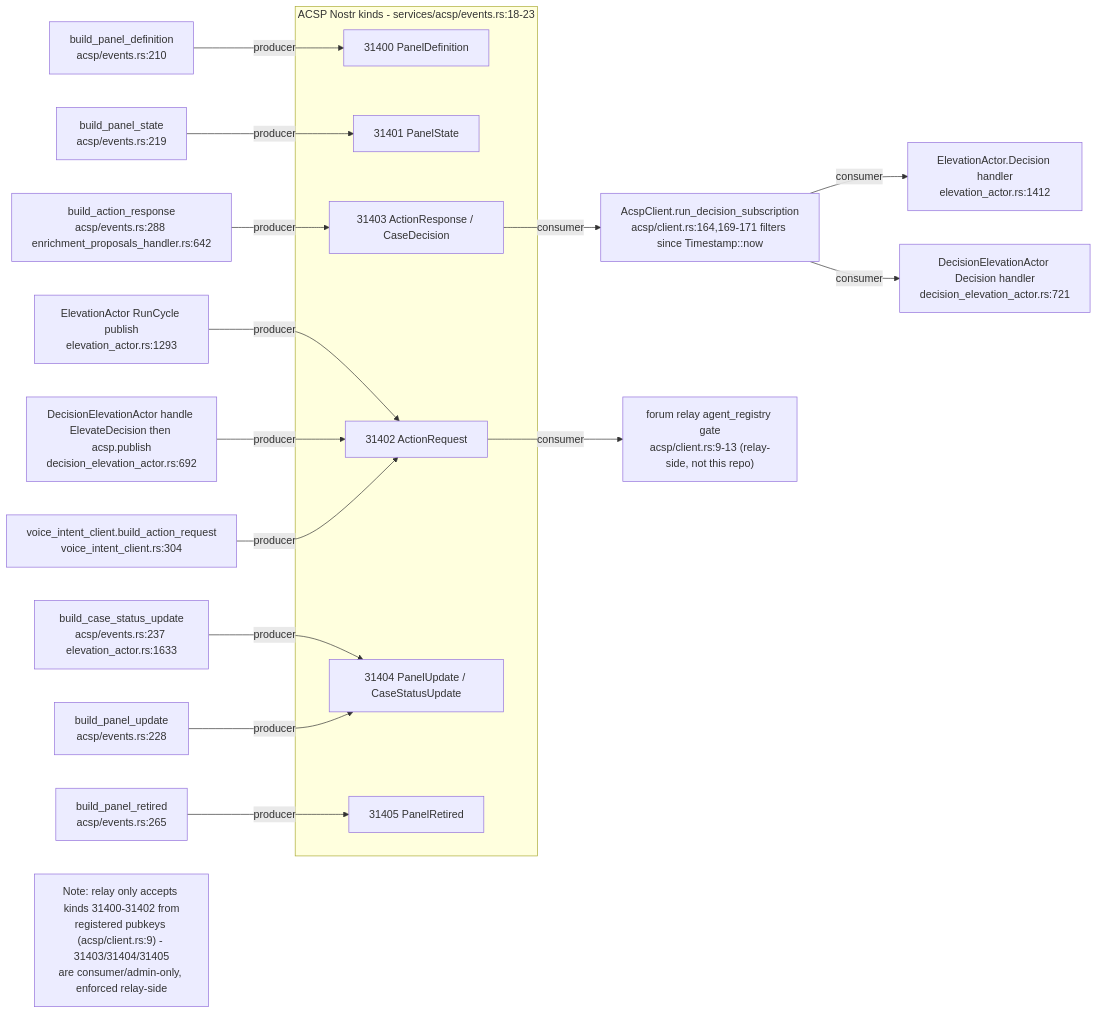
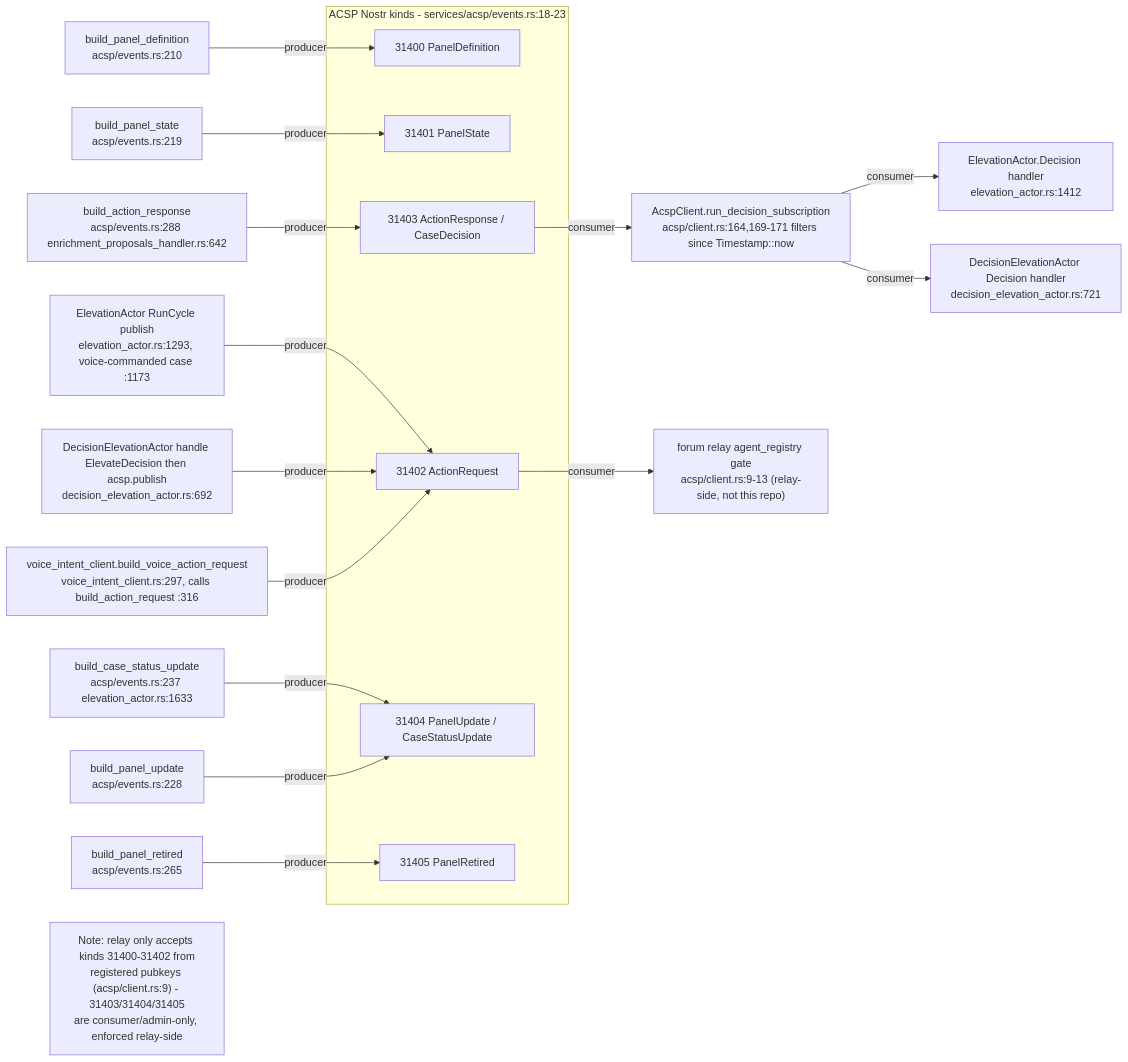
Before and after one commit to DreamLab-AI/VisionFlow: the eighth of 12 diagrams in docs/diagrams/visionclaw/24-acsp-decision-elevation.md, drawn with Mermaid. The commit also changed other lines of this file and 173 other files, not shown here.

````diff
--- a/docs/diagrams/visionclaw/24-acsp-decision-elevation.md
+++ b/docs/diagrams/visionclaw/24-acsp-decision-elevation.md
@@ -313,25 +318,25 @@
 ```mermaid
 flowchart LR
     subgraph kinds["ACSP Nostr kinds - services/acsp/events.rs:18-23"]
         K31400["31400 PanelDefinition"]
         K31401["31401 PanelState"]
         K31402["31402 ActionRequest"]
         K31403["31403 ActionResponse / CaseDecision"]
         K31404["31404 PanelUpdate / CaseStatusUpdate"]
         K31405["31405 PanelRetired"]
     end
     B31400["build_panel_definition<br/>acsp/events.rs:210"] -->|producer| K31400
     B31401["build_panel_state<br/>acsp/events.rs:219"] -->|producer| K31401
-    B31402A["ElevationActor RunCycle publish<br/>elevation_actor.rs:1293"] -->|producer| K31402
+    B31402A["ElevationActor RunCycle publish<br/>elevation_actor.rs:1293, voice-commanded case :1173"] -->|producer| K31402
     B31402B["DecisionElevationActor handle ElevateDecision then acsp.publish<br/>decision_elevation_actor.rs:692"] -->|producer| K31402
-    B31402C["voice_intent_client.build_action_request<br/>voice_intent_client.rs:304"] -->|producer| K31402
+    B31402C["voice_intent_client.build_voice_action_request<br/>voice_intent_client.rs:297, calls build_action_request :316"] -->|producer| K31402
     B31403A["build_action_response<br/>acsp/events.rs:288 enrichment_proposals_handler.rs:642"] -->|producer| K31403
     B31404A["build_case_status_update<br/>acsp/events.rs:237 elevation_actor.rs:1633"] -->|producer| K31404
     B31404B["build_panel_update<br/>acsp/events.rs:228"] -->|producer| K31404
     B31405["build_panel_retired<br/>acsp/events.rs:265"] -->|producer| K31405
     K31403 -->|consumer| C31403A["AcspClient.run_decision_subscription<br/>acsp/client.rs:164,169-171 filters since Timestamp::now"]
     C31403A -->|consumer| C31403B["ElevationActor.Decision handler<br/>elevation_actor.rs:1412"]
     C31403A -->|consumer| C31403C["DecisionElevationActor Decision handler<br/>decision_elevation_actor.rs:721"]
     K31402 -->|consumer| C31402["forum relay agent_registry gate<br/>acsp/client.rs:9-13 (relay-side, not this repo)"]
     Note1["Note: relay only accepts kinds 31400-31402 from<br/>registered pubkeys (acsp/client.rs:9) - 31403/31404/31405<br/>are consumer/admin-only, enforced relay-side"]
 ```
````
